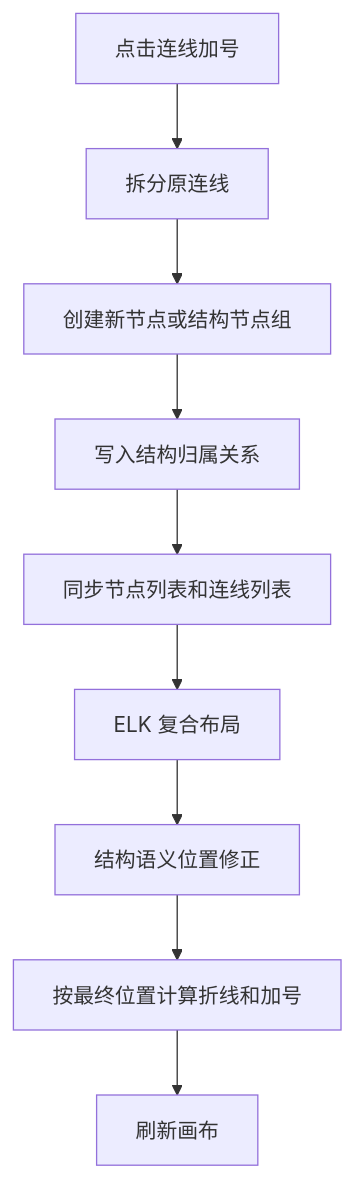
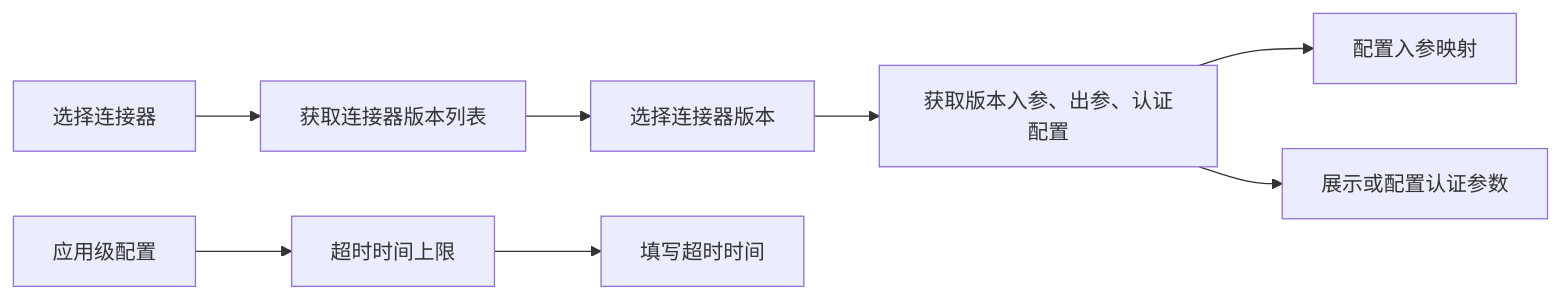
The eighth of 11 diagrams in front/doc/2026年6月文档/连接流配置需求设计说明书.md (THZSummer/open-app), drawn with Mermaid before and after one commit. The commit also changed other lines of this file, not shown here.

````diff
--- a/front/doc/2026年6月文档/连接流配置需求设计说明书.md
+++ b/front/doc/2026年6月文档/连接流配置需求设计说明书.md
@@ -894,11 +482,10 @@
 ```mermaid
-flowchart TD
-  ClickPlus[点击连线加号] --> SplitEdge[拆分原连线]
-  SplitEdge --> BuildData[创建新节点或结构节点组]
-  BuildData --> WriteRelation[写入结构归属关系]
-  WriteRelation --> SyncStore[同步节点列表和连线列表]
-  SyncStore --> ElkStage[ELK 复合布局]
-  ElkStage --> SemanticStage[结构语义位置修正]
-  SemanticStage --> EdgeRender[按最终位置计算折线和加号]
-  EdgeRender --> CanvasRender[刷新画布]
+flowchart LR
+  SelectConnector[选择连接器] --> LoadVersions[获取连接器版本列表]
+  LoadVersions --> SelectVersion[选择连接器版本]
+  SelectVersion --> LoadVersionDetail[获取版本入参、出参、认证配置]
+  LoadVersionDetail --> Mapping[配置入参映射]
+  LoadVersionDetail --> Auth[展示或配置认证参数]
+  AppConfig[应用级配置] --> TimeoutLimit[超时时间上限]
+  TimeoutLimit --> TimeoutInput[填写超时时间]
 ```
````
